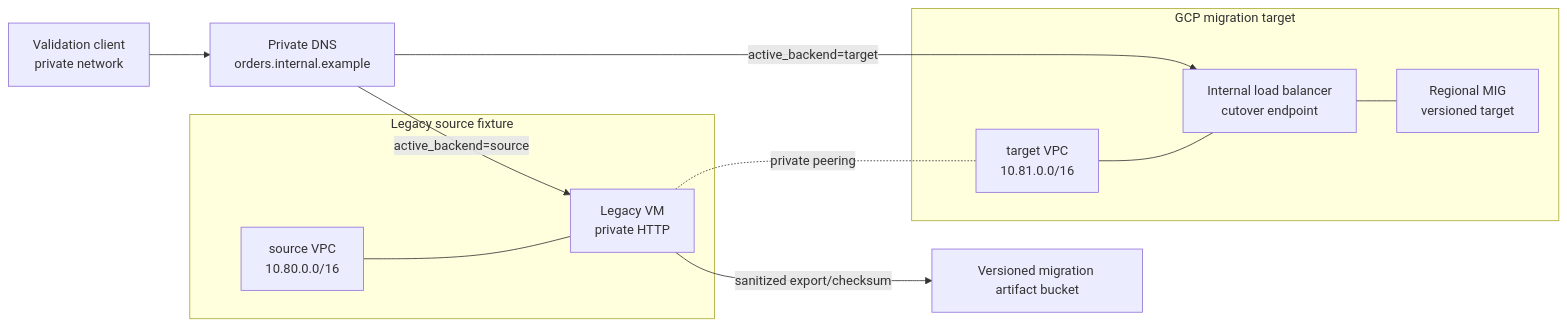
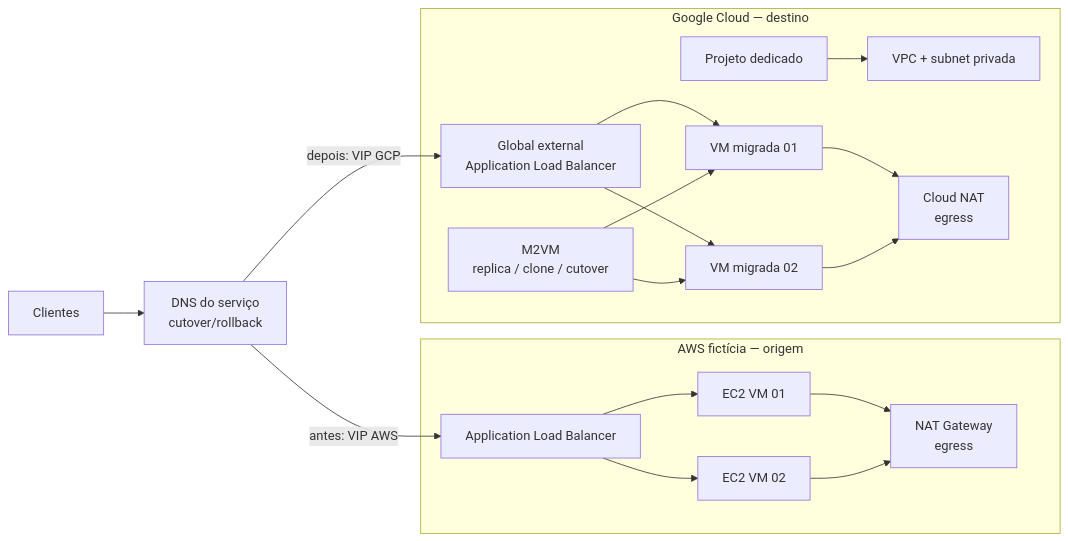
Before and after one commit to Joads0n/cloud-infrastructure-portfolio: the diagram in workload-migration-case/README.md, drawn with Mermaid. The commit also changed other lines of this file and 18 other files, not shown here.

Commit message:
refactor workload migration as AWS to GCP VM case

````diff
--- a/workload-migration-case/README.md
+++ b/workload-migration-case/README.md
@@ -23,26 +31,37 @@
 ```mermaid
 flowchart LR
-  CLIENT["Validation client\nprivate network"]
-  DNS["Private DNS\norders.internal.example"]
+  CLIENT["Clientes"]
+  DNS["DNS do serviço\ncutover/rollback"]
 
-  subgraph SOURCE["Legacy source fixture"]
-    SVPC["source VPC\n10.80.0.0/16"]
-    SVM["Legacy VM\nprivate HTTP"]
-    SVPC --- SVM
+  subgraph AWS["AWS fictícia — origem"]
+    AWSLB["Application Load Balancer"]
+    AWSVM1["EC2 VM 01"]
+    AWSVM2["EC2 VM 02"]
+    AWSNAT["NAT Gateway\negress"]
+    AWSLB --> AWSVM1
+    AWSLB --> AWSVM2
+    AWSVM1 --> AWSNAT
+    AWSVM2 --> AWSNAT
   end
 
-  subgraph TARGET["GCP migration target"]
-    TVPC["target VPC\n10.81.0.0/16"]
-    ILB["Internal load balancer\ncutover endpoint"]
-    MIG["Regional MIG\nversioned target"]
-    TVPC --- ILB
-    ILB --- MIG
+  subgraph GCP["Google Cloud — destino"]
+    PROJECT["Projeto dedicado"]
+    VPC["VPC + subnet privada"]
+    M2VM["M2VM\nreplica / clone / cutover"]
+    GCLB["Global external\nApplication Load Balancer"]
+    VM1["VM migrada 01"]
+    VM2["VM migrada 02"]
+    NAT["Cloud NAT\negress"]
+    GCLB --> VM1
+    GCLB --> VM2
+    VM1 --> NAT
+    VM2 --> NAT
+    PROJECT --> VPC
+    M2VM --> VM1
+    M2VM --> VM2
   end
 
-  ARTIFACTS["Versioned migration artifact bucket"]
   CLIENT --> DNS
-  DNS -->|active_backend=source| SVM
-  DNS -->|active_backend=target| ILB
-  SVM -. private peering .- TVPC
-  SVM -->|sanitized export/checksum| ARTIFACTS
+  DNS -->|antes: VIP AWS| AWSLB
+  DNS -->|depois: VIP GCP| GCLB
 ```
````
